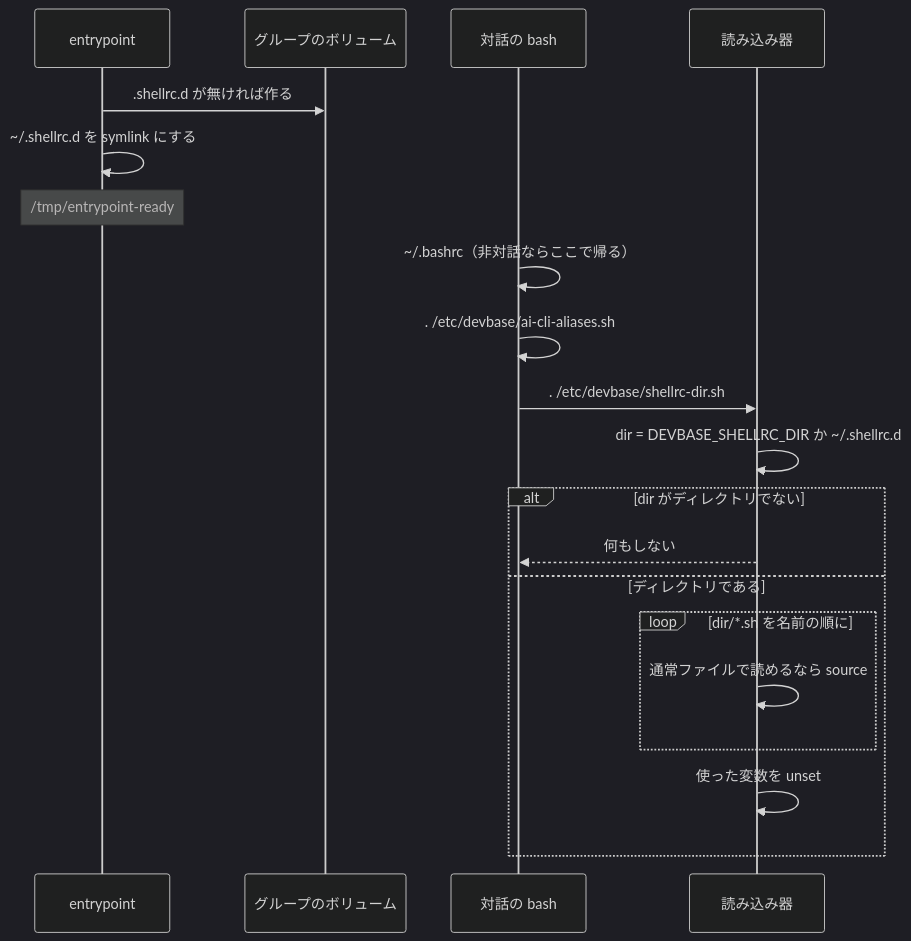
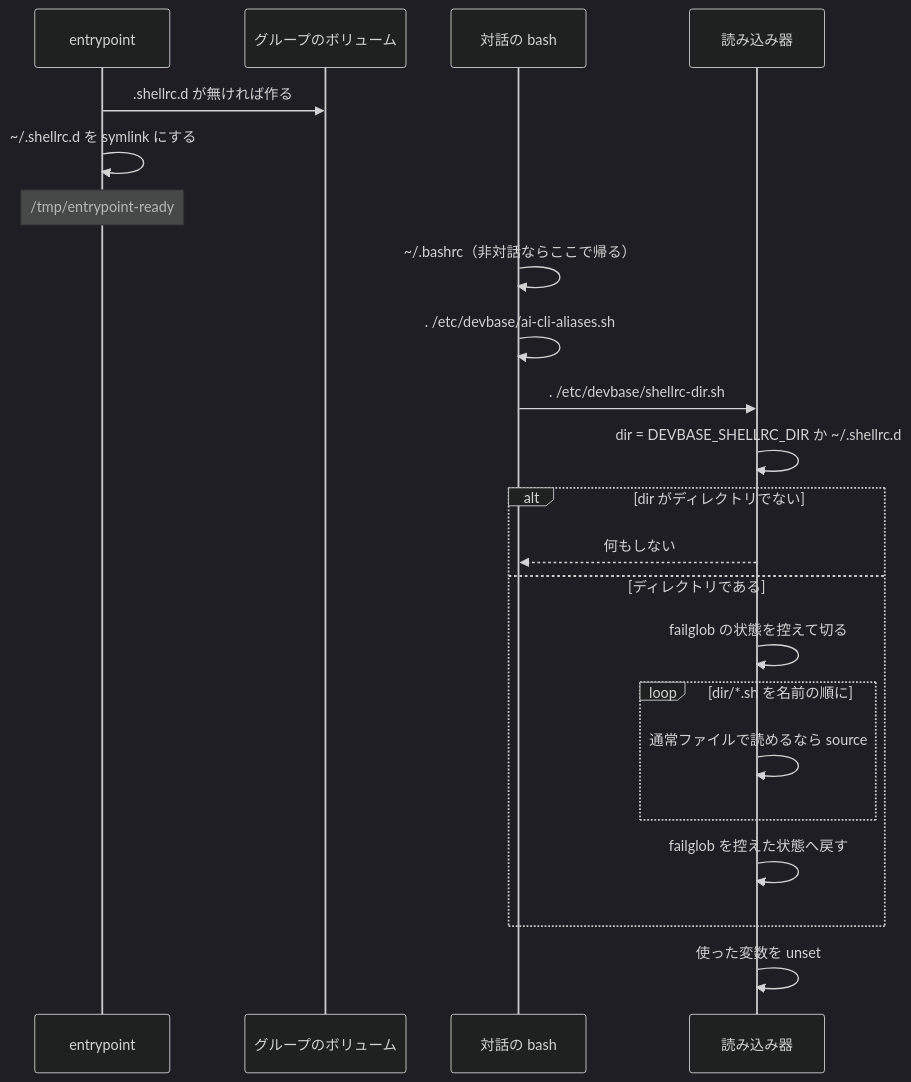
The third of 3 diagrams in issues/PLAN70_shellrc-dir-design.md (devbasex/devbase), drawn with Mermaid (dark theme) before and after one commit. The commit also changed other lines of this file and 1 other file, not shown here.

First line of the commit message:
docs(PLAN70): failglob の扱い・グループ分離のテスト先・ボリューム構造の表を設計へ足す

````diff
--- a/issues/PLAN70_shellrc-dir-design.md
+++ b/issues/PLAN70_shellrc-dir-design.md
@@ -103,22 +103,24 @@
 ```mermaid
 sequenceDiagram
     participant EP as entrypoint
     participant V as グループのボリューム
     participant SH as 対話の bash
     participant L as 読み込み器
     EP->>V: .shellrc.d が無ければ作る
     EP->>EP: ~/.shellrc.d を symlink にする
     Note over EP: /tmp/entrypoint-ready
     SH->>SH: ~/.bashrc（非対話ならここで帰る）
     SH->>SH: . /etc/devbase/ai-cli-aliases.sh
     SH->>L: . /etc/devbase/shellrc-dir.sh
     L->>L: dir = DEVBASE_SHELLRC_DIR か ~/.shellrc.d
     alt dir がディレクトリでない
         L-->>SH: 何もしない
     else ディレクトリである
+        L->>L: failglob の状態を控えて切る
         loop dir/*.sh を名前の順に
             L->>L: 通常ファイルで読めるなら source
         end
-        L->>L: 使った変数を unset
+        L->>L: failglob を控えた状態へ戻す
     end
+    L->>L: 使った変数を unset
 ```
````
